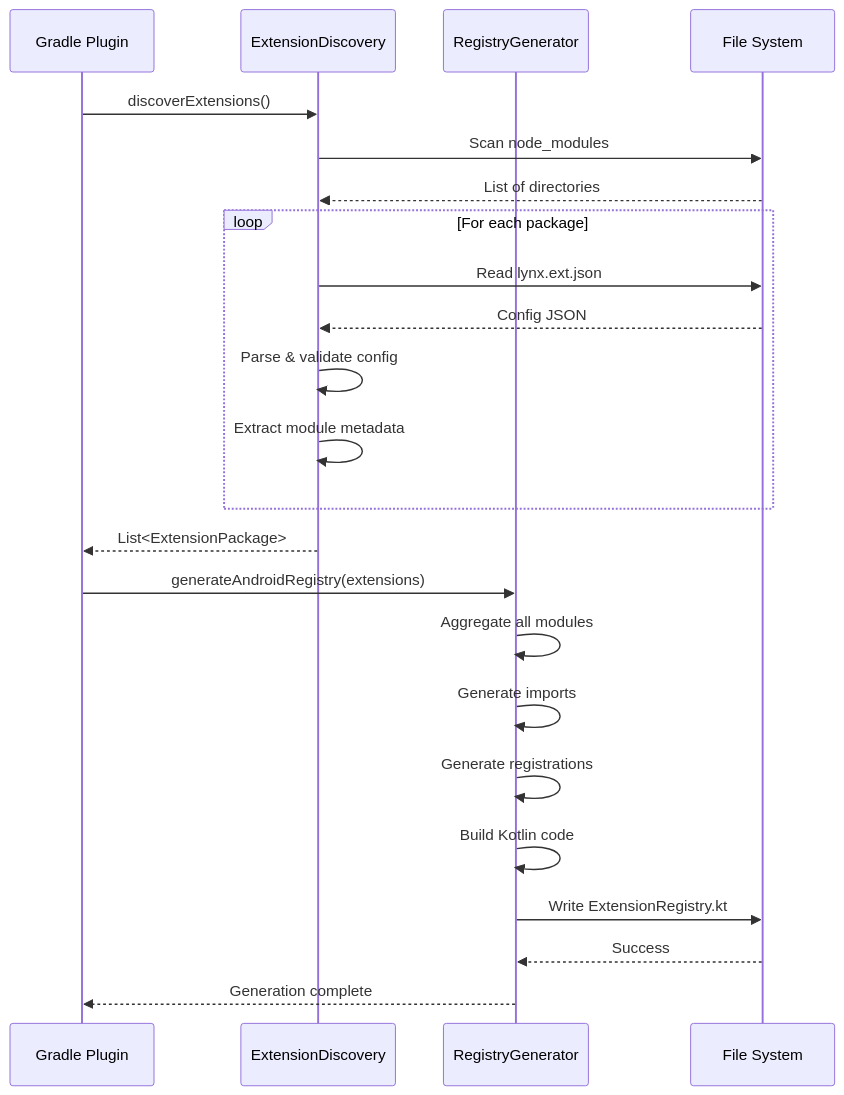
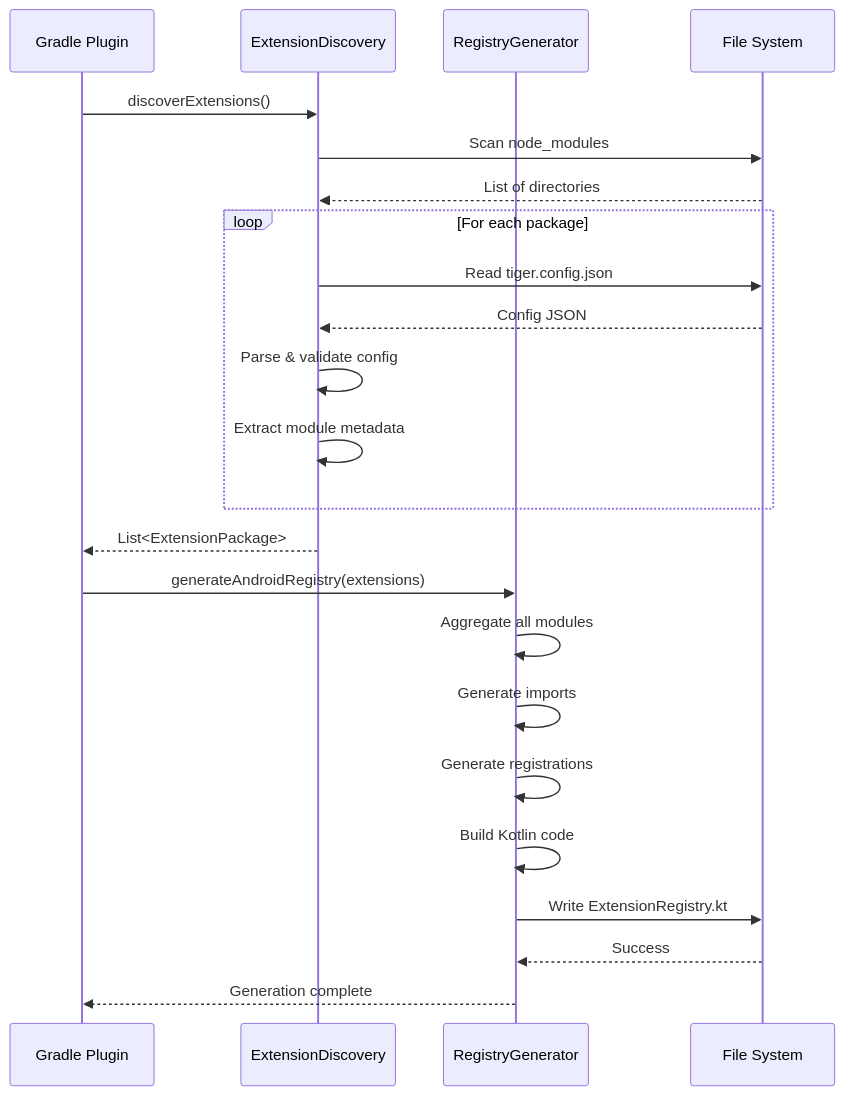
One commit to HimanshuKumarDutt094/tiger-modules changed the second of 2 diagrams in .kiro/specs/autolink-element-support/design.md. Above: the diagram before and after it, drawn with Mermaid. The commit also changed other lines of this file and 51 other files, not shown here.

````diff
--- a/.kiro/specs/autolink-element-support/design.md
+++ b/.kiro/specs/autolink-element-support/design.md
@@ -307,30 +307,30 @@
 ```mermaid
 sequenceDiagram
     participant GP as Gradle Plugin
     participant ED as ExtensionDiscovery
     participant RG as RegistryGenerator
     participant FS as File System
 
     GP->>ED: discoverExtensions()
     ED->>FS: Scan node_modules
     FS-->>ED: List of directories
 
     loop For each package
-        ED->>FS: Read lynx.ext.json
+        ED->>FS: Read tiger.config.json
         FS-->>ED: Config JSON
         ED->>ED: Parse & validate config
         ED->>ED: Extract module metadata
     end
 
     ED-->>GP: List<ExtensionPackage>
     GP->>RG: generateAndroidRegistry(extensions)
 
     RG->>RG: Aggregate all modules
     RG->>RG: Generate imports
     RG->>RG: Generate registrations
     RG->>RG: Build Kotlin code
 
     RG->>FS: Write ExtensionRegistry.kt
     FS-->>RG: Success
     RG-->>GP: Generation complete
 ```
````
